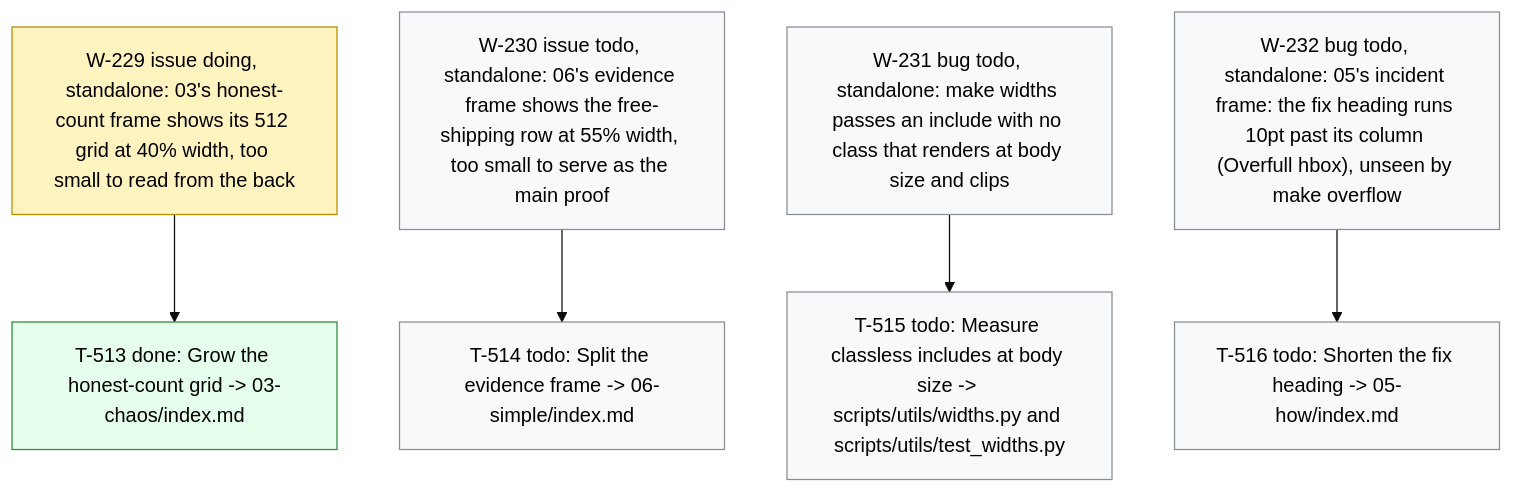
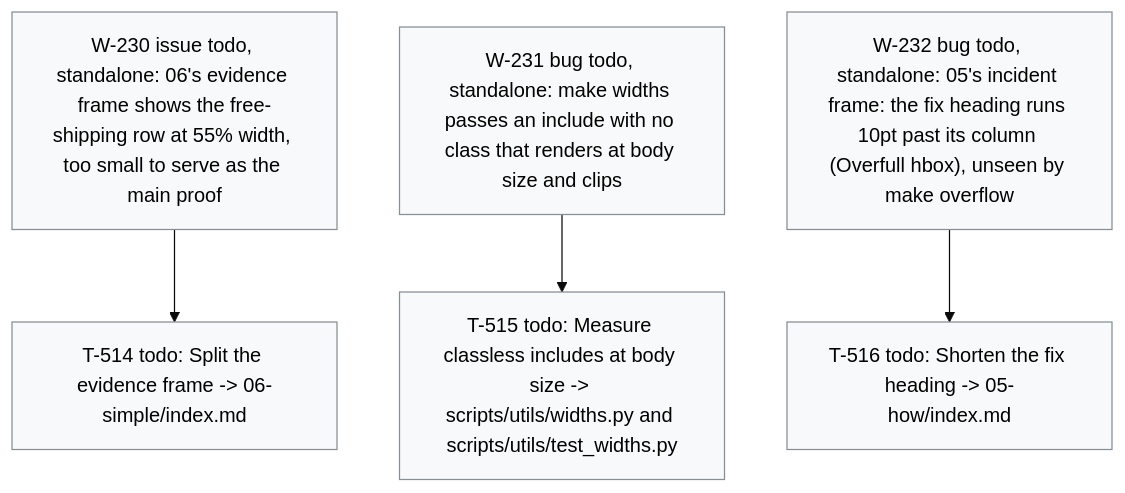
Before and after one commit to dpopchev/chaos-to-simple: the diagram in .board/BOARD.md, drawn with Mermaid (base theme). The commit also changed other lines of this file and 3 other files, not shown here.

````diff
--- a/.board/BOARD.md
+++ b/.board/BOARD.md
@@ -1363,19 +1368,15 @@
 ```mermaid
 flowchart TD
-  W229["W-229 issue doing, standalone: 03's honest-count frame shows its 512 grid at 40% width, too small to read from the back"]
-  W229 --> T513["T-513 done: Grow the honest-count grid -> 03-chaos/index.md"]
   W230["W-230 issue todo, standalone: 06's evidence frame shows the free-shipping row at 55% width, too small to serve as the main proof"]
   W230 --> T514["T-514 todo: Split the evidence frame -> 06-simple/index.md"]
   W231["W-231 bug todo, standalone: make widths passes an include with no class that renders at body size and clips"]
   W231 --> T515["T-515 todo: Measure classless includes at body size -> scripts/utils/widths.py and scripts/utils/test_widths.py"]
   W232["W-232 bug todo, standalone: 05's incident frame: the fix heading runs 10pt past its column (Overfull hbox), unseen by make overflow"]
   W232 --> T516["T-516 todo: Shorten the fix heading -> 05-how/index.md"]
   classDef doing fill:#fff3bf,stroke:#b58900,color:#000;
   classDef blocked fill:#ffe3e3,stroke:#c92a2a,color:#000;
   classDef done fill:#e6ffed,stroke:#2b8a3e,color:#000;
   classDef todo fill:#f8f9fa,stroke:#868e96,color:#000;
   classDef pruned fill:#f1f3f5,stroke:#adb5bd,color:#000;
-  class W229 doing
-  class T513 done
   class W230,T514,W231,T515,W232,T516 todo
 ```
````
